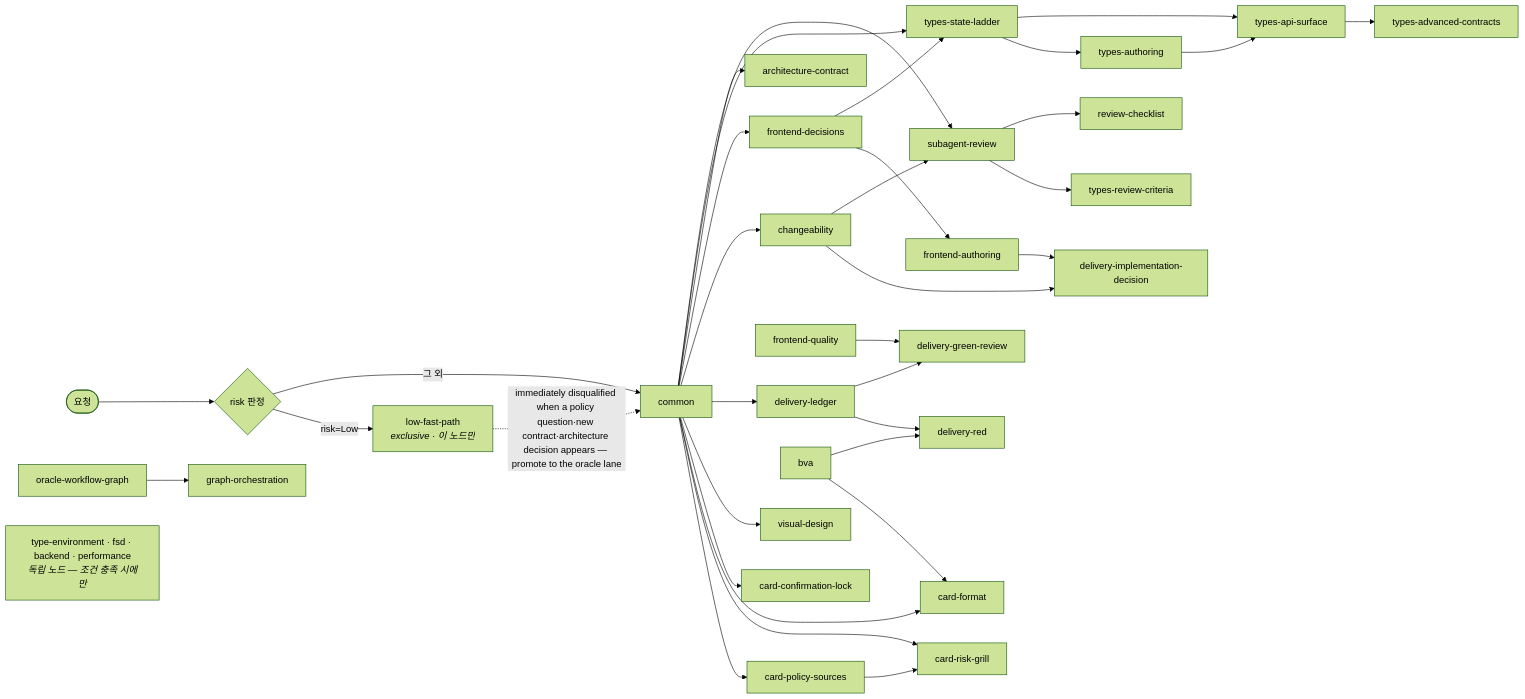
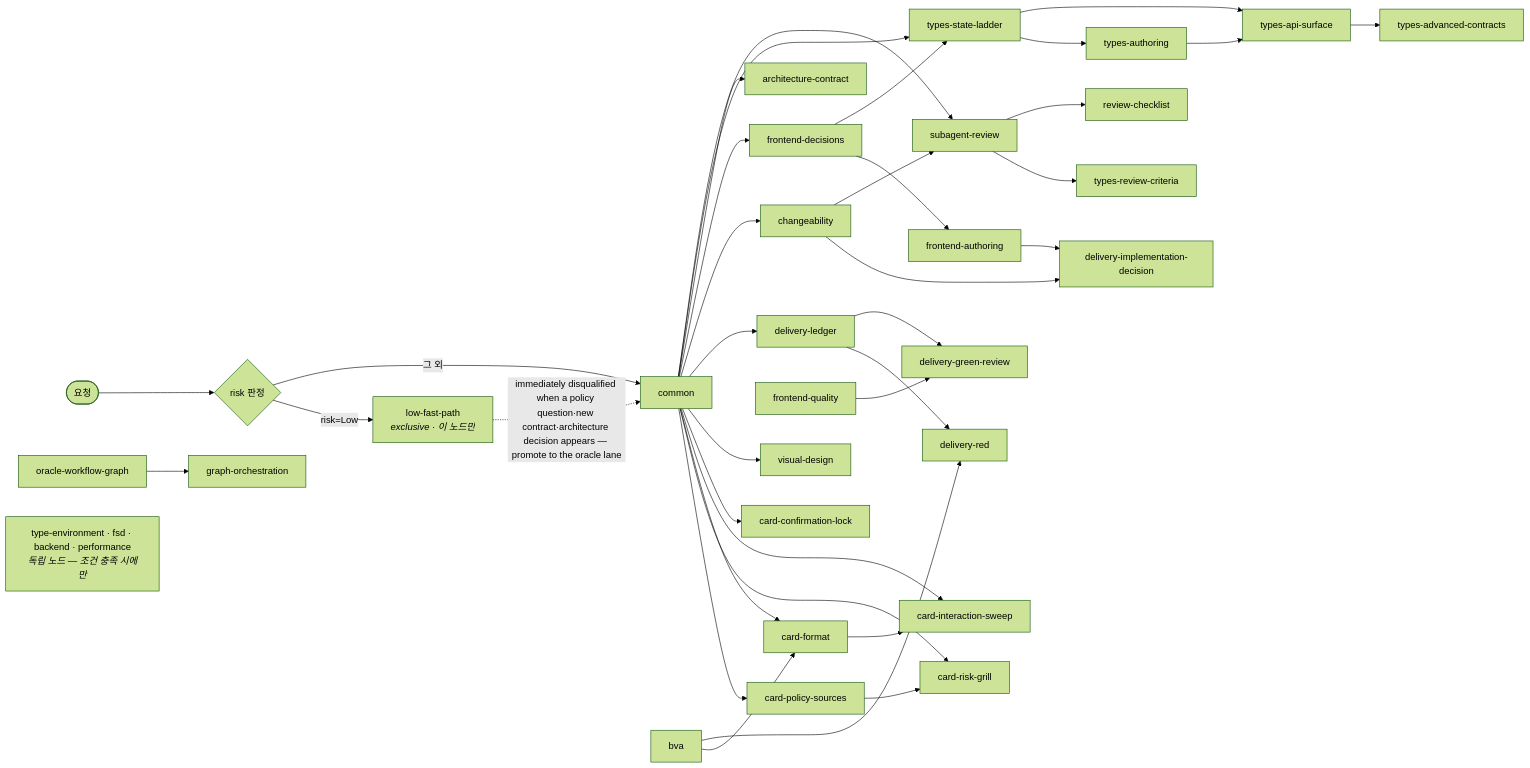
The second of 2 diagrams in packages/frontend-oracle-design/skills/README.md (lodado/shareds), drawn with Mermaid (forest theme) before and after one commit. The commit also changed 21 other files, not shown here.

First line of the commit message:
feat(oracle-design, visual-qa, test): interaction sweep, card invariants, bounded exploration

````diff
--- a/packages/frontend-oracle-design/skills/README.md
+++ b/packages/frontend-oracle-design/skills/README.md
@@ -102,61 +102,64 @@
 ```mermaid
 flowchart LR
   START(["요청"]) --> RISK{"risk 판정"}
   RISK -->|"risk=Low"| low_fast_path["low-fast-path<br/><i>exclusive · 이 노드만</i>"]
   low_fast_path -.->|"immediately disqualified when a policy question·new contract·architecture decision appears — promote to the oracle lane"| common
   RISK -->|"그 외"| common["common"]
 
   card_policy_sources["card-policy-sources"]
   card_risk_grill["card-risk-grill"]
   card_format["card-format"]
+  card_interaction_sweep["card-interaction-sweep"]
   card_confirmation_lock["card-confirmation-lock"]
   visual_design["visual-design"]
   delivery_ledger["delivery-ledger"]
   delivery_red["delivery-red"]
   delivery_implementation_decision["delivery-implementation-decision"]
   delivery_green_review["delivery-green-review"]
   frontend_decisions["frontend-decisions"]
   frontend_authoring["frontend-authoring"]
   frontend_quality["frontend-quality"]
   architecture_contract["architecture-contract"]
   types_state_ladder["types-state-ladder"]
   types_authoring["types-authoring"]
   types_api_surface["types-api-surface"]
   types_advanced_contracts["types-advanced-contracts"]
   types_review_criteria["types-review-criteria"]
   subagent_review["subagent-review"]
   review_checklist["review-checklist"]
   graph_orchestration["graph-orchestration"]
   oracle_workflow_graph["oracle-workflow-graph"]
 
   common --> card_policy_sources
   common --> card_risk_grill
   card_policy_sources --> card_risk_grill
   common --> card_format
   bva --> card_format
+  common --> card_interaction_sweep
+  card_format --> card_interaction_sweep
   common --> card_confirmation_lock
   common --> visual_design
   common --> delivery_ledger
   delivery_ledger --> delivery_red
   bva --> delivery_red
   changeability --> delivery_implementation_decision
   frontend_authoring --> delivery_implementation_decision
   delivery_ledger --> delivery_green_review
   frontend_quality --> delivery_green_review
   common --> changeability
   common --> frontend_decisions
   frontend_decisions --> frontend_authoring
   common --> architecture_contract
   common --> types_state_ladder
   frontend_decisions --> types_state_ladder
   types_state_ladder --> types_authoring
   types_state_ladder --> types_api_surface
   types_authoring --> types_api_surface
   types_api_surface --> types_advanced_contracts
   subagent_review --> types_review_criteria
   common --> subagent_review
   changeability --> subagent_review
   subagent_review --> review_checklist
   oracle_workflow_graph --> graph_orchestration
   IND["type-environment · fsd · backend · performance<br/><i>독립 노드 — 조건 충족 시에만</i>"]
 ```
````
